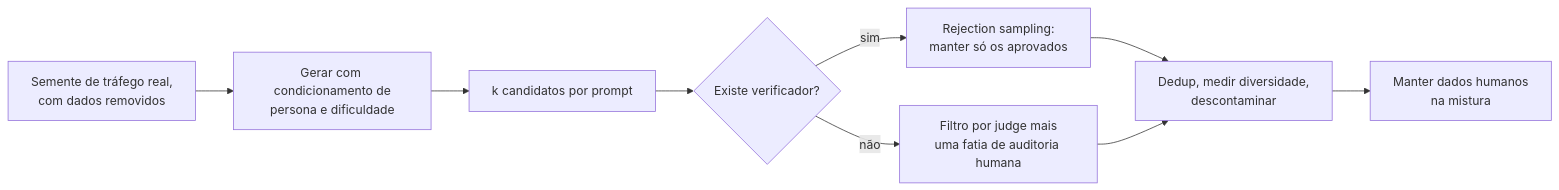
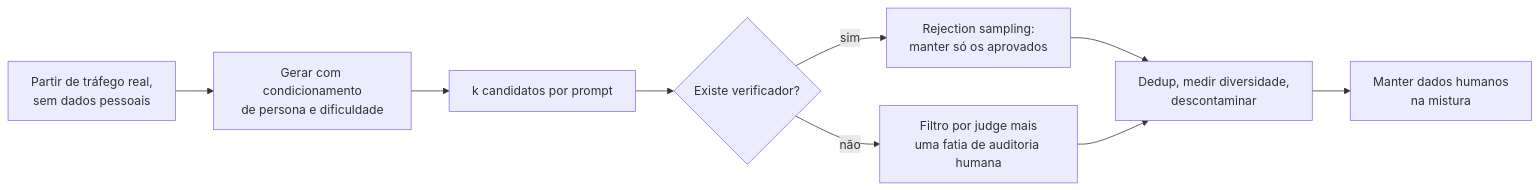
One commit to andrevberaldo/AI-Engineer-Interview-Questions changed diagram 17 of 29 in 05-fine-tuning-and-alignment/questions.pt-BR.md. Above: the diagram before and after it, drawn with Mermaid. The commit also changed other lines of this file and 1 other file, not shown here.

````diff
--- a/05-fine-tuning-and-alignment/questions.pt-BR.md
+++ b/05-fine-tuning-and-alignment/questions.pt-BR.md
@@ -737,11 +737,11 @@
 ```mermaid
 flowchart LR
-    A["Semente de tráfego real,<br/>com dados removidos"] --> B["Gerar com condicionamento de<br/>persona e dificuldade"]
+    A["Partir de tráfego real,<br/>sem dados pessoais"] --> B["Gerar com condicionamento<br/>de persona e dificuldade"]
     B --> C["k candidatos por prompt"]
     C --> D{"Existe verificador?"}
     D -->|"sim"| E["Rejection sampling:<br/>manter só os aprovados"]
     D -->|"não"| F["Filtro por judge mais<br/>uma fatia de auditoria humana"]
     E --> G["Dedup, medir diversidade,<br/>descontaminar"]
     F --> G
     G --> H["Manter dados humanos<br/>na mistura"]
 ```
````
